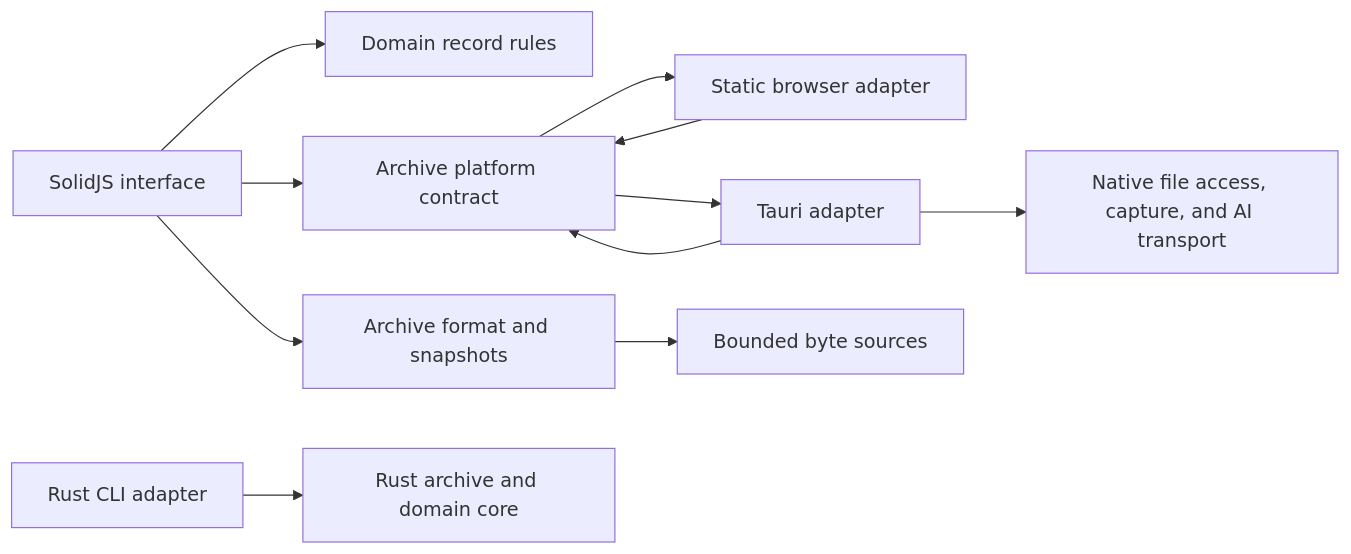
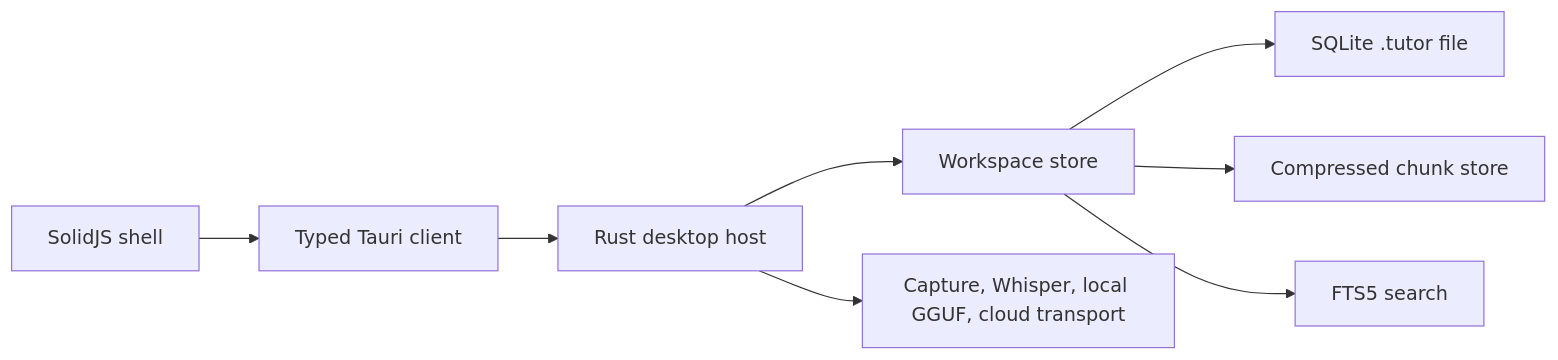
One commit to richie-rich90454/tutorux changed the diagram in docs/ARCHITECTURE.md. Above: the diagram before and after it, drawn with Mermaid. The commit also changed other lines of this file, not shown here.

First line of the commit message:
docs: update ARCHITECTURE documentation for the SQLite architecture

````diff
--- a/docs/ARCHITECTURE.md
+++ b/docs/ARCHITECTURE.md
@@ -5,13 +5,10 @@
 ```mermaid
 flowchart LR
-  UI[SolidJS interface] --> DOMAIN[Domain record rules]
-  UI --> ARCH[Archive format and snapshots]
-  UI --> PORT[Archive platform contract]
-  CLI[Rust CLI adapter] --> RUSTCORE[Rust archive and domain core]
-  WEB[Static browser adapter] --> PORT
-  DESKTOP[Tauri adapter] --> PORT
-  PORT --> WEB
-  PORT --> DESKTOP
-  DESKTOP --> RUST[Native file access, capture, and AI transport]
-  ARCH --> SOURCE[Bounded byte sources]
+  UI[SolidJS shell] --> API[Typed Tauri client]
+  API --> HOST[Rust desktop host]
+  HOST --> STORE[Workspace store]
+  STORE --> DB[SQLite .tutor file]
+  STORE --> BLOBS[Compressed chunk store]
+  STORE --> FTS[FTS5 search]
+  HOST --> NATIVE[Capture, Whisper, local GGUF, cloud transport]
 ```
````
